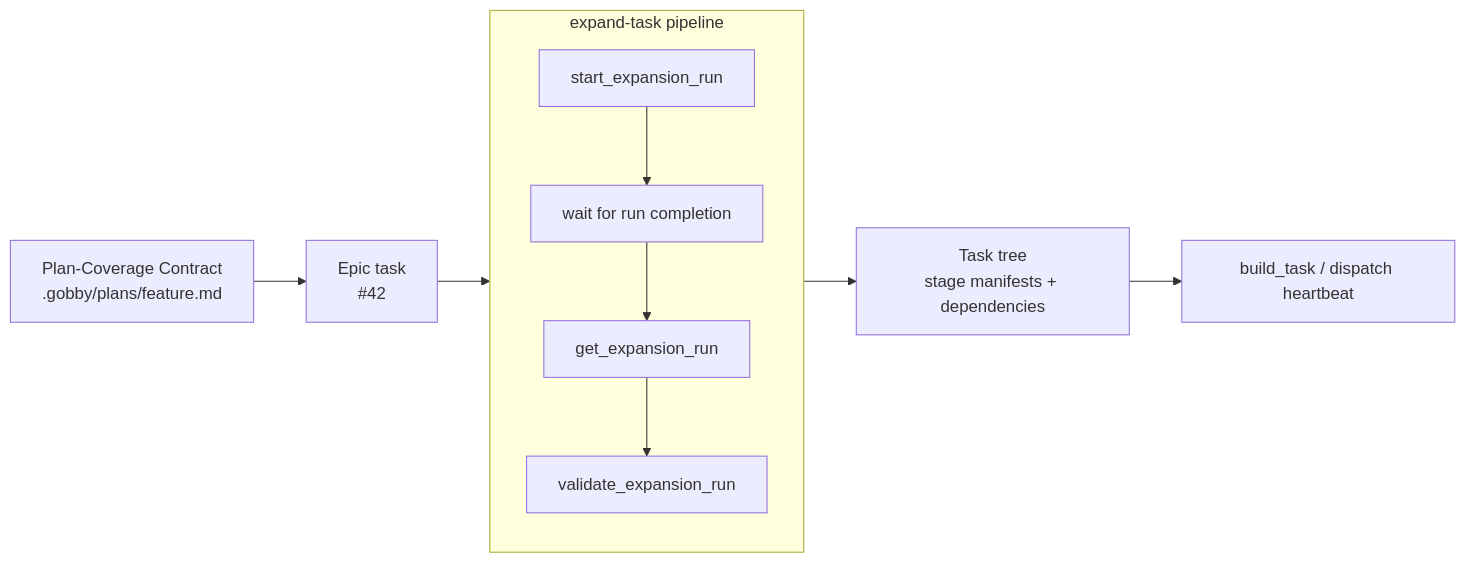
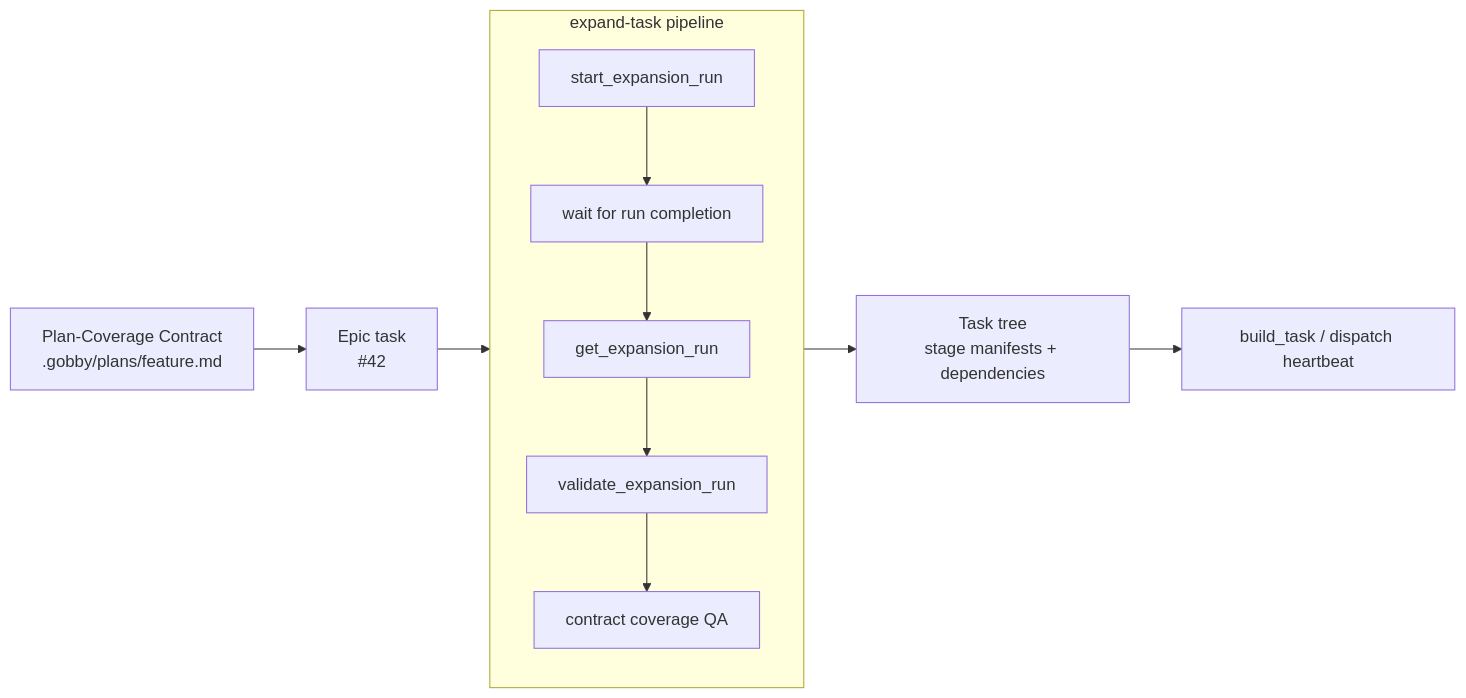
One commit to GobbyAI/gobby changed the first of 2 diagrams in docs/guides/task-expansion.md. Above: the diagram before and after it, drawn with Mermaid. The commit also changed other lines of this file and 15 other files, not shown here.

````diff
--- a/docs/guides/task-expansion.md
+++ b/docs/guides/task-expansion.md
@@ -20,14 +20,15 @@
 ```mermaid
 flowchart LR
     PLAN["Plan-Coverage Contract<br/>.gobby/plans/feature.md"] --> EPIC["Epic task<br/>#42"]
     EPIC --> PIPELINE["expand-task pipeline"]
 
     subgraph PIPELINE["expand-task pipeline"]
         START["start_expansion_run"] --> WAIT["wait for run completion"]
         WAIT --> LOAD["get_expansion_run"]
         LOAD --> VALIDATE["validate_expansion_run"]
+        VALIDATE --> COVERAGE["contract coverage QA"]
     end
 
     PIPELINE --> TREE["Task tree<br/>stage manifests + dependencies"]
     TREE --> DISPATCH["build_task / dispatch heartbeat"]
 ```
````
